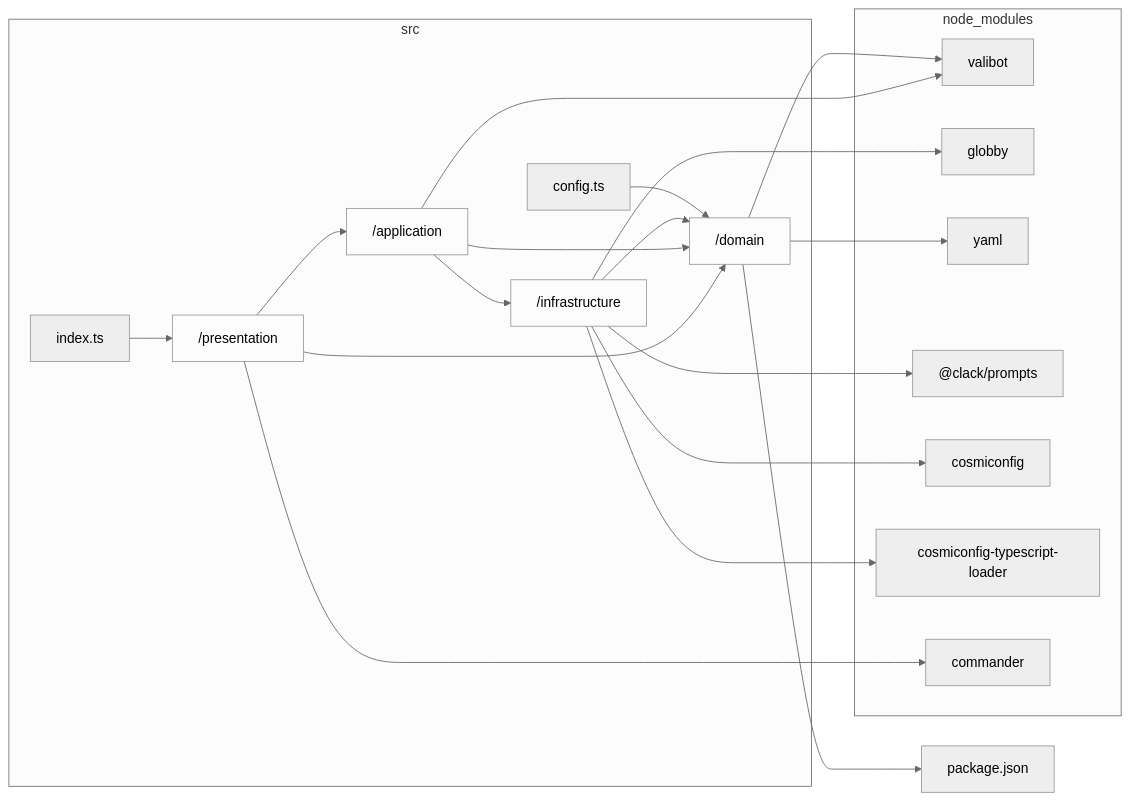
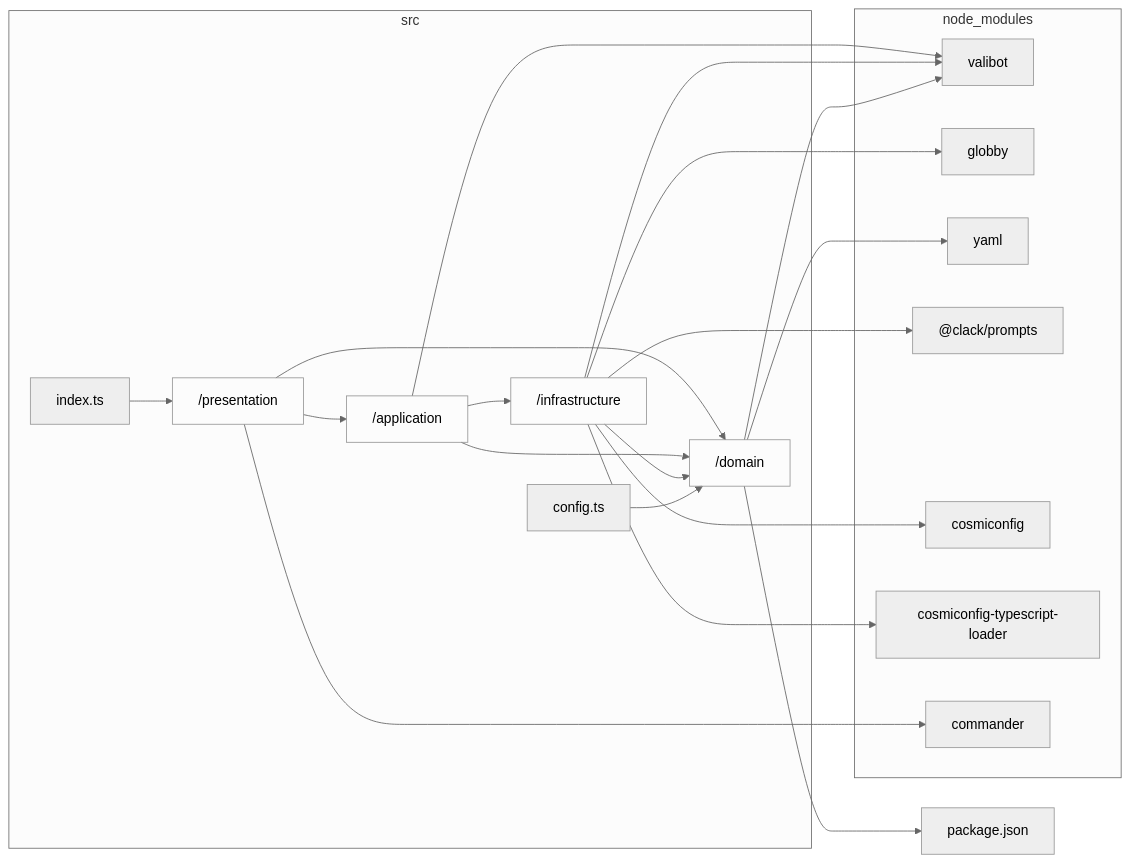
Before and after one commit to sugurutakahashi-1234/mermaid-markdown-wrap: the diagram in docs/reports/dependencies/layers.md, drawn with Mermaid (neutral theme). The commit also changed 3 other files, not shown here.

````diff
--- a/docs/reports/dependencies/layers.md
+++ b/docs/reports/dependencies/layers.md
@@ -7,37 +7,38 @@
 ```mermaid
 flowchart LR
     classDef dir fill:#0000,stroke:#999
     subgraph src["src"]
         src/domain["/domain"]:::dir
         src/config.ts["config.ts"]
         src/infrastructure["/infrastructure"]:::dir
         src/application["/application"]:::dir
         src/presentation["/presentation"]:::dir
         src/index.ts["index.ts"]
     end
     subgraph node//modules["node_modules"]
         node//modules/valibot/dist/index.d.cts["valibot"]
         node//modules/globby/index.d.ts["globby"]
         node//modules/yaml/dist/index.d.ts["yaml"]
         node//modules///clack/prompts/dist/index.d.ts["@clack/prompts"]
         node//modules/cosmiconfig/dist/index.d.ts["cosmiconfig"]
         node//modules/cosmiconfig//typescript//loader/dist/types/index.d.ts["cosmiconfig-typescript-loader"]
         node//modules/commander/typings/index.d.ts["commander"]
     end
     src/domain-->node//modules/valibot/dist/index.d.cts
     src/config.ts-->src/domain
     src/domain-->package.json
     src/infrastructure-->node//modules/globby/index.d.ts
     src/infrastructure-->src/domain
     src/application-->src/domain
     src/application-->src/infrastructure
     src/domain-->node//modules/yaml/dist/index.d.ts
     src/infrastructure-->node//modules///clack/prompts/dist/index.d.ts
     src/infrastructure-->node//modules/cosmiconfig/dist/index.d.ts
     src/infrastructure-->node//modules/cosmiconfig//typescript//loader/dist/types/index.d.ts
+    src/infrastructure-->node//modules/valibot/dist/index.d.cts
     src/application-->node//modules/valibot/dist/index.d.cts
     src/presentation-->node//modules/commander/typings/index.d.ts
     src/presentation-->src/application
     src/presentation-->src/domain
     src/index.ts-->src/presentation
 ```
````
